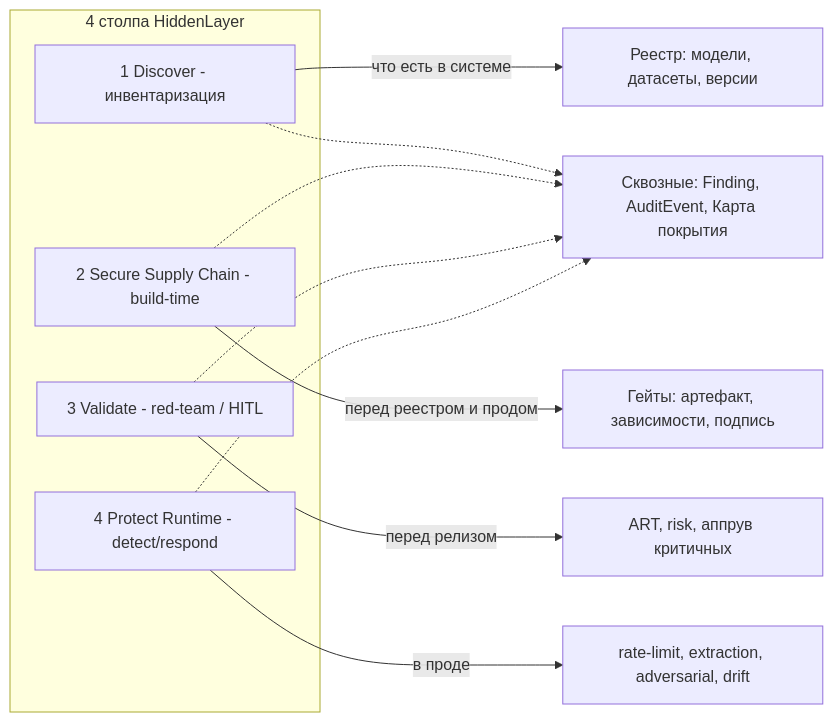
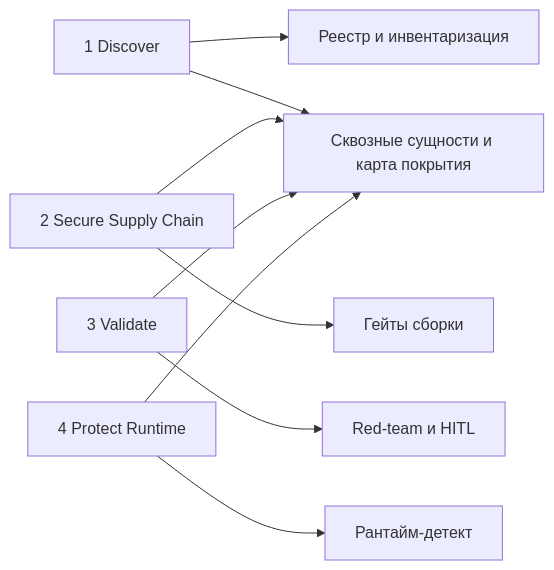
Before and after one commit to dmagog/Sirius-Argus: the first of 8 diagrams in docs/architecture.md, drawn with Mermaid. The commit also changed other lines of this file, not shown here.

First line of the commit message:
fix(docs): mermaid в максимально совместимый синтаксис

````diff
--- a/docs/architecture.md
+++ b/docs/architecture.md
@@ -55,18 +55,11 @@
 ```mermaid
 flowchart LR
-    subgraph PILLARS["4 столпа HiddenLayer"]
-        P1["1 Discover - инвентаризация"]
-        P2["2 Secure Supply Chain - build-time"]
-        P3["3 Validate - red-team / HITL"]
-        P4["4 Protect Runtime - detect/respond"]
-    end
-    P1 -->|"что есть в системе"| L1["Реестр: модели, датасеты, версии"]
-    P2 -->|"перед реестром и продом"| L2["Гейты: артефакт, зависимости, подпись"]
-    P3 -->|"перед релизом"| L3["ART, risk, аппрув критичных"]
-    P4 -->|"в проде"| L4["rate-limit, extraction, adversarial, drift"]
-    X["Сквозные: Finding, AuditEvent, Карта покрытия"]
-    P1 -.-> X
-    P2 -.-> X
-    P3 -.-> X
-    P4 -.-> X
+    P1[1 Discover] --> L1[Реестр и инвентаризация]
+    P2[2 Secure Supply Chain] --> L2[Гейты сборки]
+    P3[3 Validate] --> L3[Red-team и HITL]
+    P4[4 Protect Runtime] --> L4[Рантайм-детект]
+    P1 --> X[Сквозные сущности и карта покрытия]
+    P2 --> X
+    P3 --> X
+    P4 --> X
 ```
````
